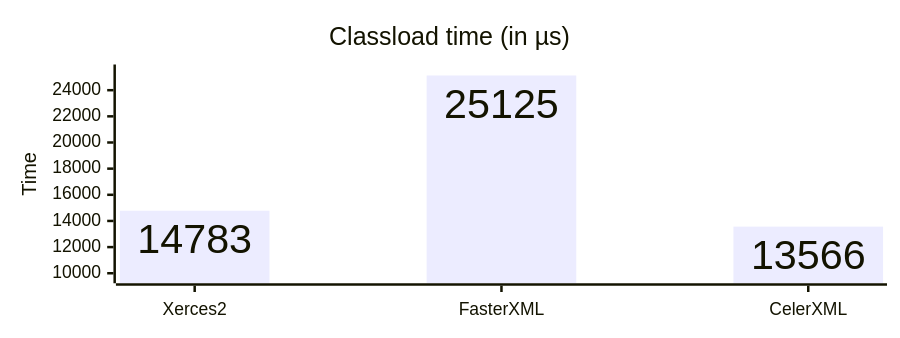
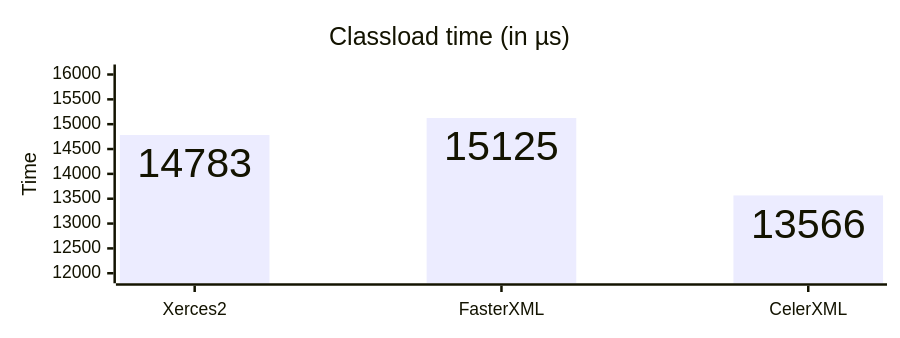
The third of 3 diagrams in benchmark/README.md (celersms/celerxml), drawn with Mermaid before and after one commit. The commit also changed other lines of this file, not shown here.

````diff
--- a/benchmark/README.md
+++ b/benchmark/README.md
@@ -78,13 +78,13 @@
 ```mermaid
 ---
 config:
   xyChart:
     height: 250
     showDataLabel: true
 ---
 xychart
     title "Classload time (in µs)"
     x-axis [Xerces2, FasterXML, CelerXML]
-    y-axis Time 10000 --> 25200
-    bar [14783, 25125, 13566]
+    y-axis Time 12000 --> 16000
+    bar [14783, 15125, 13566]
 ```
````
